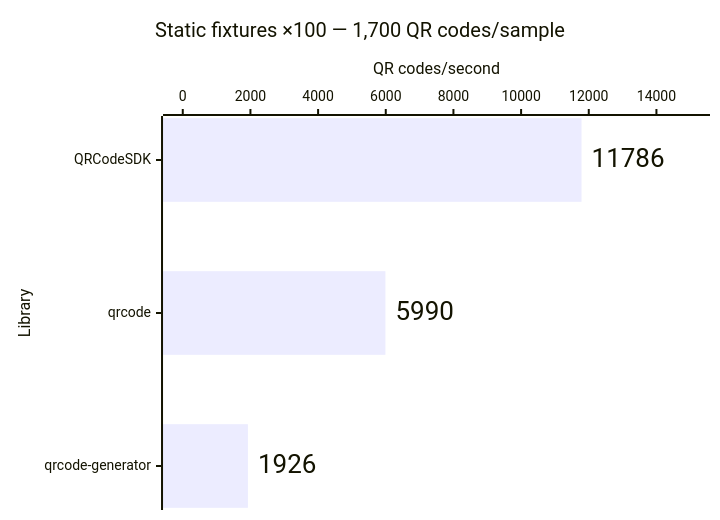
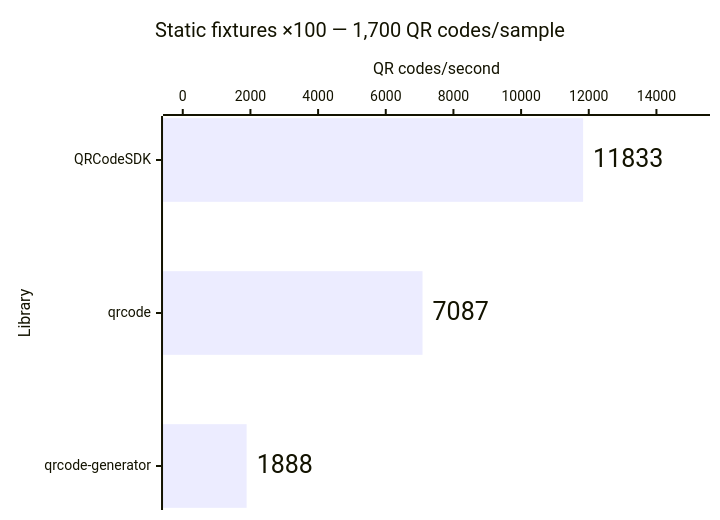
One commit to Dafnik/qrcodesdk changed the third of 14 diagrams in apps/docs/src/content/docs/learn/performance.md. Above: the diagram before and after it, drawn with Mermaid. The commit also changed other lines of this file, not shown here.

````diff
--- a/apps/docs/src/content/docs/learn/performance.md
+++ b/apps/docs/src/content/docs/learn/performance.md
@@ -61,15 +61,15 @@
 ```mermaid
 ---
 config:
   xyChart:
     showDataLabel: true
     showDataLabelOutsideBar: true
 ---
 xychart horizontal
   accTitle: Matrix generation: Static fixtures ×100 — 1,700 QR codes/sample
-  accDescr: Throughput calculated from median time. QRCodeSDK 11,786 QR codes per second, qrcode 5,990 QR codes per second, qrcode-generator 1,926 QR codes per second. Higher is better.
+  accDescr: Throughput calculated from median time. QRCodeSDK 11,833 QR codes per second, qrcode 7,087 QR codes per second, qrcode-generator 1,888 QR codes per second. Higher is better.
   title "Static fixtures ×100 — 1,700 QR codes/sample"
   x-axis "Library" ["QRCodeSDK", "qrcode", "qrcode-generator"]
   y-axis "QR codes/second" 0 --> 15000
-  bar [11786, 5990, 1926]
+  bar [11833, 7087, 1888]
 ```
````
